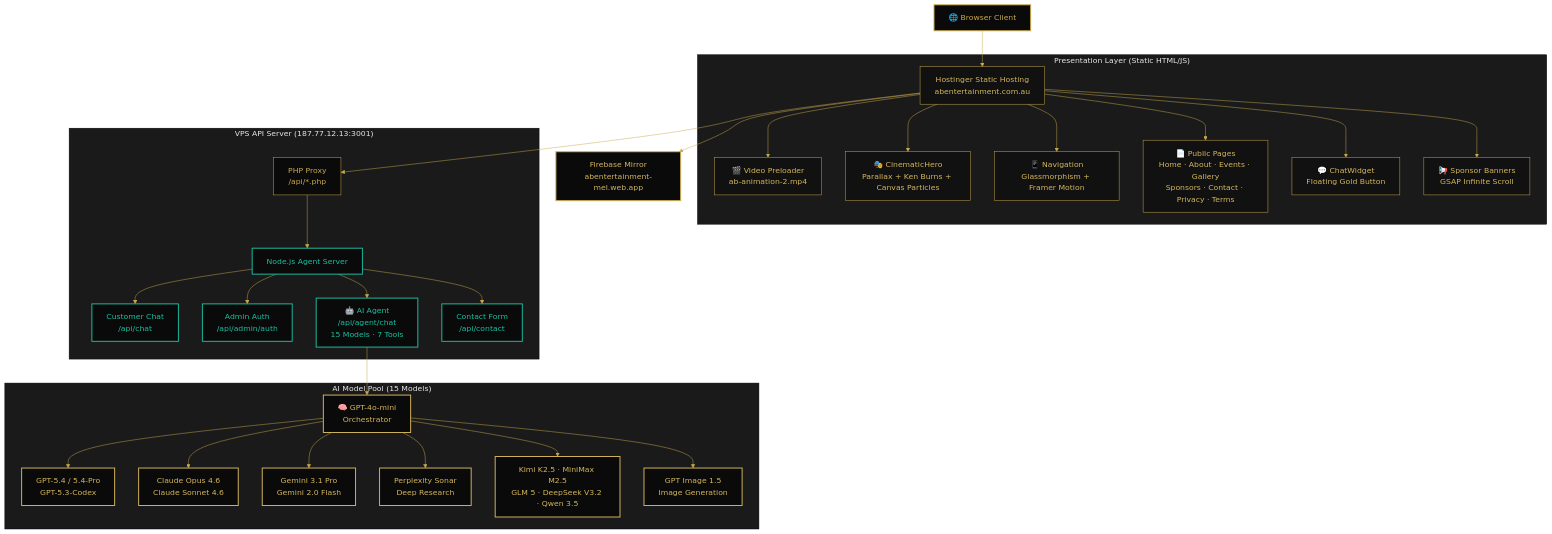
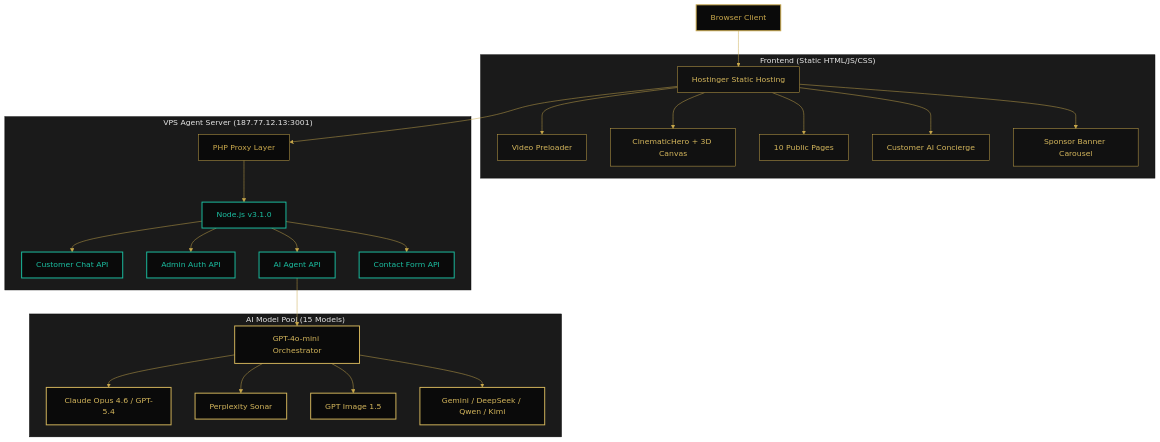
Before and after one commit to Victordtesla24/abentertainment: the first of 3 diagrams in README.md, drawn with Mermaid. The commit also changed other lines of this file and 1 other file, not shown here.

````diff
--- a/README.md
+++ b/README.md
@@ -35,41 +89,36 @@
 ```mermaid
 %%{init: {'theme': 'base', 'themeVariables': { 'primaryColor': '#0A0A0A', 'primaryTextColor': '#C9A84C', 'primaryBorderColor': '#C9A84C', 'lineColor': '#C9A84C', 'secondaryColor': '#111111', 'tertiaryColor': '#1A1A1A'}}}%%
 flowchart TD
     classDef client fill:#0A0A0A,stroke:#C9A84C,stroke-width:2px,color:#C9A84C;
     classDef server fill:#111111,stroke:#C9A84C,stroke-width:1px,color:#D4B65C;
-    classDef data fill:#1A1A1A,stroke:#C9A84C,stroke-width:1px,color:#FDF8F1;
+    classDef vps fill:#0A0A0A,stroke:#1BBFA1,stroke-width:2px,color:#1BBFA1;
     classDef external fill:#0A0A0A,stroke:#D4B65C,stroke-width:2px,color:#D4B65C;
-    classDef vps fill:#0A0A0A,stroke:#1BBFA1,stroke-width:2px,color:#1BBFA1;
 
-    BROWSER["🌐 Browser Client"]:::client --> HOSTINGER["Hostinger Static Hosting<br/>abentertainment.com.au"]:::server
+    BROWSER["Browser Client"]:::client --> HOSTINGER["Hostinger Static Hosting"]:::server
 
-    subgraph Presentation["Presentation Layer (Static HTML/JS)"]
-        HOSTINGER --> PRELOADER["🎬 Video Preloader<br/>ab-animation-2.mp4"]:::server
-        HOSTINGER --> HERO["🎭 CinematicHero<br/>Parallax + Ken Burns + Canvas Particles"]:::server
-        HOSTINGER --> NAV["📱 Navigation<br/>Glassmorphism + Framer Motion"]:::server
-        HOSTINGER --> PAGES["📄 Public Pages<br/>Home · About · Events · Gallery<br/>Sponsors · Contact · Privacy · Terms"]:::server
-        HOSTINGER --> CHAT_UI["💬 ChatWidget<br/>Floating Gold Button"]:::server
-        HOSTINGER --> SPONSOR_BAR["📢 Sponsor Banners<br/>GSAP Infinite Scroll"]:::server
+    subgraph Frontend["Frontend (Static HTML/JS/CSS)"]
+        HOSTINGER --> PRELOADER["Video Preloader"]:::server
+        HOSTINGER --> HERO["CinematicHero + 3D Canvas"]:::server
+        HOSTINGER --> PAGES["10 Public Pages"]:::server
+        HOSTINGER --> CHATWIDGET["Customer AI Concierge"]:::server
+        HOSTINGER --> SPONSORS["Sponsor Banner Carousel"]:::server
     end
 
-    subgraph VPS_API["VPS API Server (187.77.12.13:3001)"]
-        PHP_PROXY["PHP Proxy<br/>/api/*.php"] --> NODE["Node.js Agent Server"]:::vps
-        NODE --> CHAT_EP["Customer Chat<br/>/api/chat"]:::vps
-        NODE --> AUTH_EP["Admin Auth<br/>/api/admin/auth"]:::vps
-        NODE --> AGENT_EP["🤖 AI Agent<br/>/api/agent/chat<br/>15 Models · 7 Tools"]:::vps
-        NODE --> CONTACT_EP["Contact Form<br/>/api/contact"]:::vps
+    subgraph Backend["VPS Agent Server (187.77.12.13:3001)"]
+        PHP["PHP Proxy Layer"] --> NODE["Node.js v3.1.0"]:::vps
+        NODE --> CHAT["Customer Chat API"]:::vps
+        NODE --> AUTH["Admin Auth API"]:::vps
+        NODE --> AGENT["AI Agent API"]:::vps
+        NODE --> CONTACT["Contact Form API"]:::vps
     end
 
-    subgraph AI_Models["AI Model Pool (15 Models)"]
-        AGENT_EP --> ORCHESTRATOR["🧠 GPT-4o-mini<br/>Orchestrator"]:::external
-        ORCHESTRATOR --> SUB_GPT["GPT-5.4 / 5.4-Pro<br/>GPT-5.3-Codex"]:::external
-        ORCHESTRATOR --> SUB_CLAUDE["Claude Opus 4.6<br/>Claude Sonnet 4.6"]:::external
-        ORCHESTRATOR --> SUB_GEMINI["Gemini 3.1 Pro<br/>Gemini 2.0 Flash"]:::external
-        ORCHESTRATOR --> SUB_RESEARCH["Perplexity Sonar<br/>Deep Research"]:::external
-        ORCHESTRATOR --> SUB_OTHER["Kimi K2.5 · MiniMax M2.5<br/>GLM 5 · DeepSeek V3.2 · Qwen 3.5"]:::external
-        ORCHESTRATOR --> IMG_GEN["GPT Image 1.5<br/>Image Generation"]:::external
+    subgraph AI["AI Model Pool (15 Models)"]
+        AGENT --> ORCHESTRATOR["GPT-4o-mini Orchestrator"]:::external
+        ORCHESTRATOR --> PREMIUM["Claude Opus 4.6 / GPT-5.4"]:::external
+        ORCHESTRATOR --> RESEARCH["Perplexity Sonar"]:::external
+        ORCHESTRATOR --> IMAGE["GPT Image 1.5"]:::external
+        ORCHESTRATOR --> OTHER["Gemini / DeepSeek / Qwen / Kimi"]:::external
     end
 
-    HOSTINGER --> PHP_PROXY
-    HOSTINGER --> FIREBASE["Firebase Mirror<br/>abentertainment-mel.web.app"]:::external
+    HOSTINGER --> PHP
 ```
````
